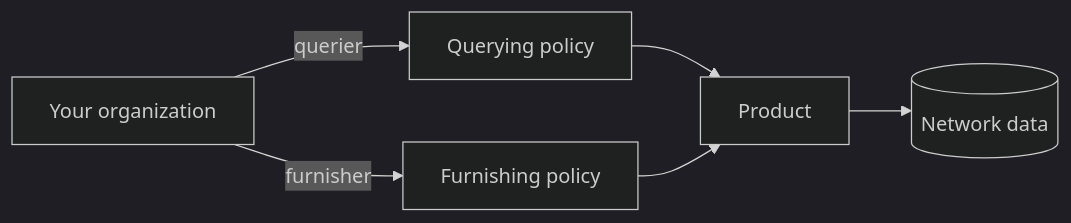
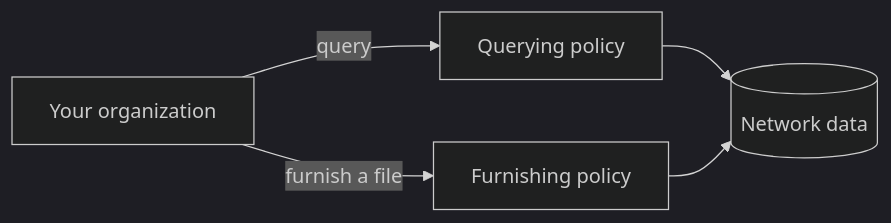
One commit to solo-finance/docs changed the diagram in concepts/governance/networks.mdx. Above: the diagram before and after it, drawn with Mermaid (dark theme). The commit also changed other lines of this file and 190 other files, not shown here.

````diff
--- a/concepts/governance/networks.mdx
+++ b/concepts/governance/networks.mdx
@@ -169,8 +112,7 @@
 ```mermaid
 flowchart LR
-    M[Your organization] -->|querier| QP[Querying policy]
-    M -->|furnisher| FP[Furnishing policy]
-    QP --> Prod[Product]
-    FP --> Prod
-    Prod --> Net[(Network data)]
+    M[Your organization] -->|query| QP[Querying policy]
+    M -->|furnish a file| FP[Furnishing policy]
+    QP --> Net[(Network data)]
+    FP --> Net
 ```
````
